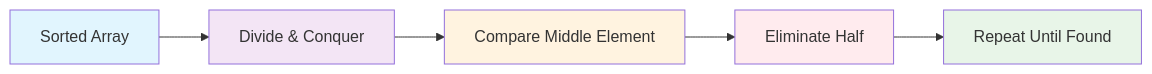
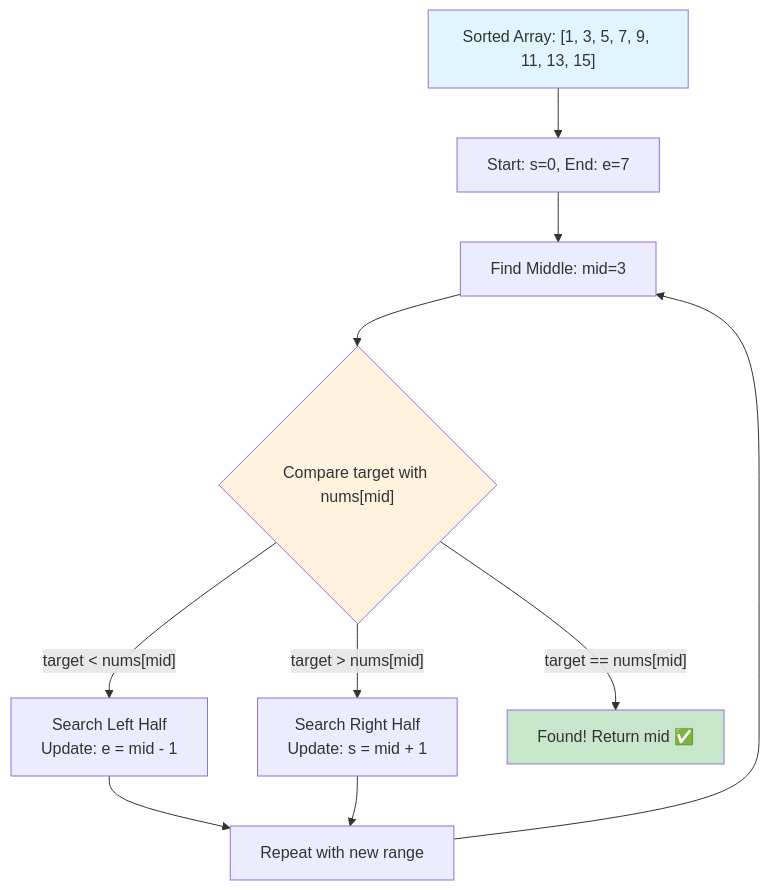
The first of 17 diagrams in Day_040/README.md (LuckyLongre123/DSA_CPP), drawn with Mermaid before and after one commit. The commit also changed other lines of this file and 22 other files, not shown here.

````diff
--- a/Day_040/README.md
+++ b/Day_040/README.md
@@ -41,13 +49,16 @@
 ```mermaid
-graph LR
-    A[Sorted Array] --> B[Divide & Conquer]
-    B --> C[Compare Middle Element]
-    C --> D[Eliminate Half]
-    D --> E[Repeat Until Found]
+flowchart TD
+    A["Sorted Array: [1, 3, 5, 7, 9, 11, 13, 15]"] --> B["Start: s=0, End: e=7"]
+    B --> C["Find Middle: mid=3"]
+    C --> D{"Compare target with nums[mid]"}
+    D -->|"target < nums[mid]"| E["Search Left Half<br/>Update: e = mid - 1"]
+    D -->|"target > nums[mid]"| F["Search Right Half<br/>Update: s = mid + 1"]
+    D -->|"target == nums[mid]"| G["Found! Return mid ✅"]
+    E --> H["Repeat with new range"]
+    F --> H
+    H --> C
     
     style A fill:#e1f5fe
-    style B fill:#f3e5f5
-    style C fill:#fff3e0
-    style D fill:#ffebee
-    style E fill:#e8f5e8
+    style G fill:#c8e6c9
+    style D fill:#fff3e0
 ```
````
